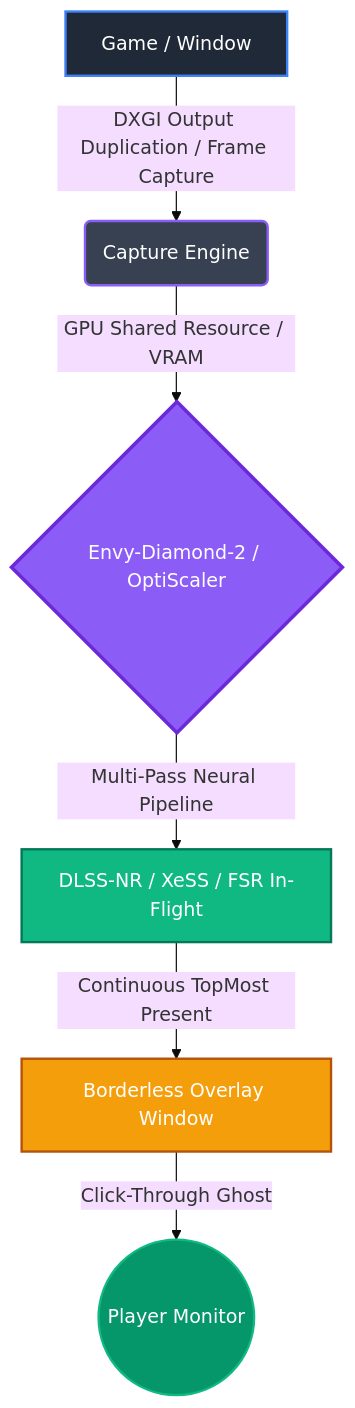
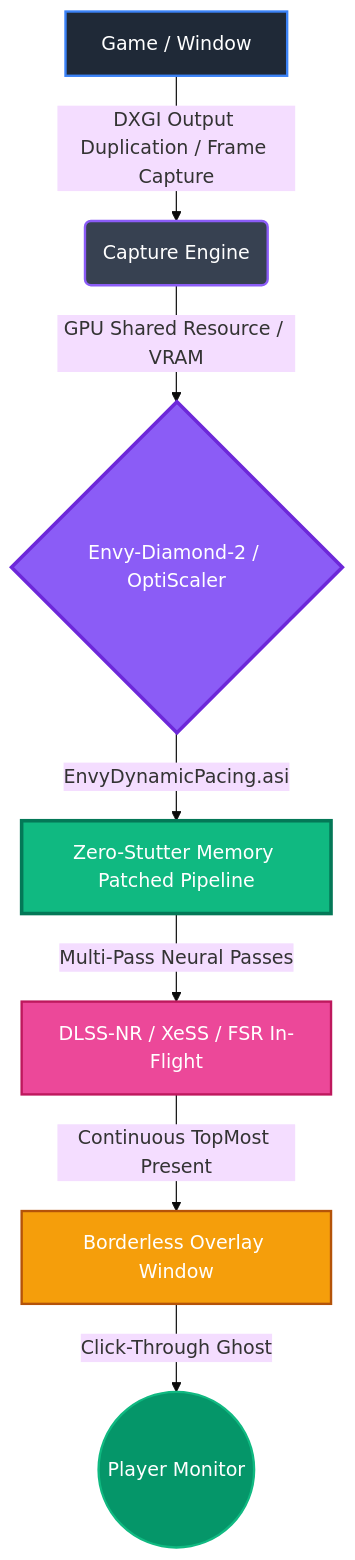
The diagram in README.md (mnector/FSR-NG-Scaling), drawn with Mermaid (base theme) before and after one commit. The commit also changed other lines of this file and 4 other files, not shown here.

Commit message:
Upgrade to Envy-Diamond-2 (ED2) v1.0.1 engine with dynamic watchdog budget freezing and TDR tools

````diff
--- a/README.md
+++ b/README.md
@@ -62,15 +67,17 @@
 ```mermaid
 graph TD
     A[Game / Window] -->|DXGI Output Duplication / Frame Capture| B(Capture Engine)
     B -->|GPU Shared Resource / VRAM| C{Envy-Diamond-2 / OptiScaler}
-    C -->|Multi-Pass Neural Pipeline| D[DLSS-NR / XeSS / FSR In-Flight]
-    D -->|Continuous TopMost Present| E[Borderless Overlay Window]
-    E -->|Click-Through Ghost| F((Player Monitor))
+    C -->|EnvyDynamicPacing.asi| D[Zero-Stutter Memory Patched Pipeline]
+    D -->|Multi-Pass Neural Passes| E[DLSS-NR / XeSS / FSR In-Flight]
+    E -->|Continuous TopMost Present| F[Borderless Overlay Window]
+    F -->|Click-Through Ghost| G((Player Monitor))
     
     style A fill:#1f2937,stroke:#3b82f6,stroke-width:2px,color:#fff
     style B fill:#374151,stroke:#8b5cf6,stroke-width:2px,color:#fff
     style C fill:#8b5cf6,stroke:#6d28d9,stroke-width:3px,color:#fff
-    style D fill:#10b981,stroke:#047857,stroke-width:2px,color:#fff
-    style E fill:#f59e0b,stroke:#b45309,stroke-width:2px,color:#fff
-    style F fill:#059669,stroke:#10b981,stroke-width:2px,color:#fff
+    style D fill:#10b981,stroke:#047857,stroke-width:3px,color:#fff
+    style E fill:#ec4899,stroke:#be185d,stroke-width:2px,color:#fff
+    style F fill:#f59e0b,stroke:#b45309,stroke-width:2px,color:#fff
+    style G fill:#059669,stroke:#10b981,stroke-width:2px,color:#fff
 ```
````
